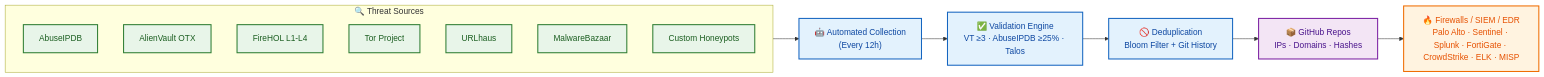
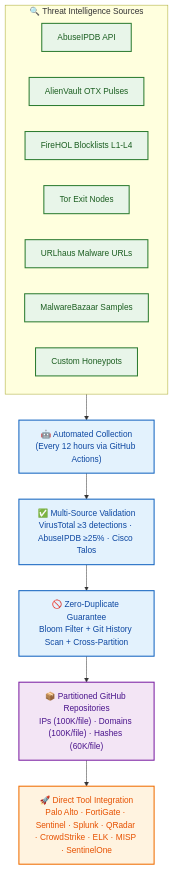
Before and after one commit to amitambekar510/amitambekar510: the diagram in README.md, drawn with Mermaid. The commit also changed other lines of this file, not shown here.

Commit message:
fix: remove status column from certifications; vertical flowchart with theme-compatible colors

````diff
--- a/README.md
+++ b/README.md
@@ -41,30 +41,30 @@
 ```mermaid
-flowchart LR
-    subgraph Sources["🔍 Threat Sources"]
-        S1[AbuseIPDB]
-        S2[AlienVault OTX]
-        S3[FireHOL L1-L4]
-        S4[Tor Project]
-        S5[URLhaus]
-        S6[MalwareBazaar]
+flowchart TB
+    subgraph Sources["🔍 Threat Intelligence Sources"]
+        S1[AbuseIPDB API]
+        S2[AlienVault OTX Pulses]
+        S3[FireHOL Blocklists L1-L4]
+        S4[Tor Exit Nodes]
+        S5[URLhaus Malware URLs]
+        S6[MalwareBazaar Samples]
         S7[Custom Honeypots]
     end
 
-    Pipeline["🤖 Automated Collection<br/>(Every 12h)"]
-    Validate["✅ Validation Engine<br/>VT ≥3 · AbuseIPDB ≥25% · Talos"]
-    Dedup["🚫 Deduplication<br/>Bloom Filter + Git History"]
-    Repos["📦 GitHub Repos<br/>IPs · Domains · Hashes"]
-    Tools["🔥 Firewalls / SIEM / EDR<br/>Palo Alto · Sentinel · Splunk · FortiGate · CrowdStrike · ELK · MISP"]
+    Collect["🤖 Automated Collection<br/>(Every 12 hours via GitHub Actions)"]
+    Validate["✅ Multi-Source Validation<br/>VirusTotal ≥3 detections · AbuseIPDB ≥25% · Cisco Talos"]
+    Dedup["🚫 Zero-Duplicate Guarantee<br/>Bloom Filter + Git History Scan + Cross-Partition"]
+    Repos["📦 Partitioned GitHub Repositories<br/>IPs (100K/file) · Domains (100K/file) · Hashes (60K/file)"]
+    Deploy["🚀 Direct Tool Integration<br/>Palo Alto · FortiGate · Sentinel · Splunk · QRadar · CrowdStrike · ELK · MISP · SentinelOne"]
 
-    Sources --> Pipeline --> Validate --> Dedup --> Repos --> Tools
+    Sources --> Collect --> Validate --> Dedup --> Repos --> Deploy
 
     classDef source fill:#e8f5e9,stroke:#2e7d32,stroke-width:2px,color:#1b5e20;
     classDef process fill:#e3f2fd,stroke:#1565c0,stroke-width:2px,color:#0d47a1;
     classDef output fill:#f3e5f5,stroke:#7b1fa2,stroke-width:2px,color:#4a148c;
     classDef final fill:#fff3e0,stroke:#ef6c00,stroke-width:2px,color:#e65100;
 
     class S1,S2,S3,S4,S5,S6,S7 source;
-    class Pipeline,Validate,Dedup process;
+    class Collect,Validate,Dedup process;
     class Repos output;
-    class Tools final;
+    class Deploy final;
 ```
````
